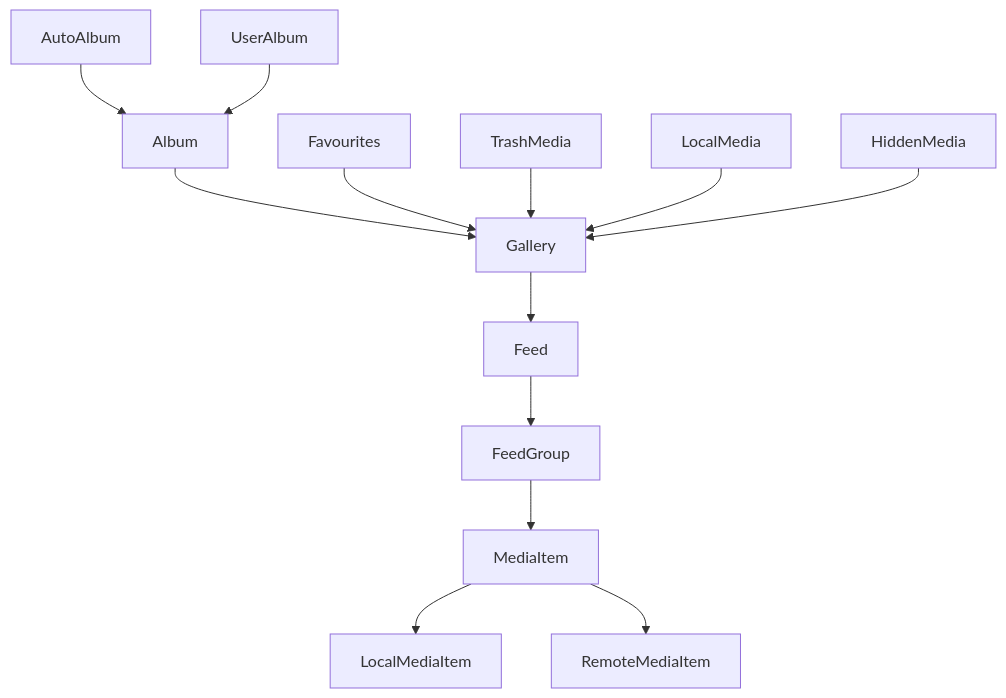
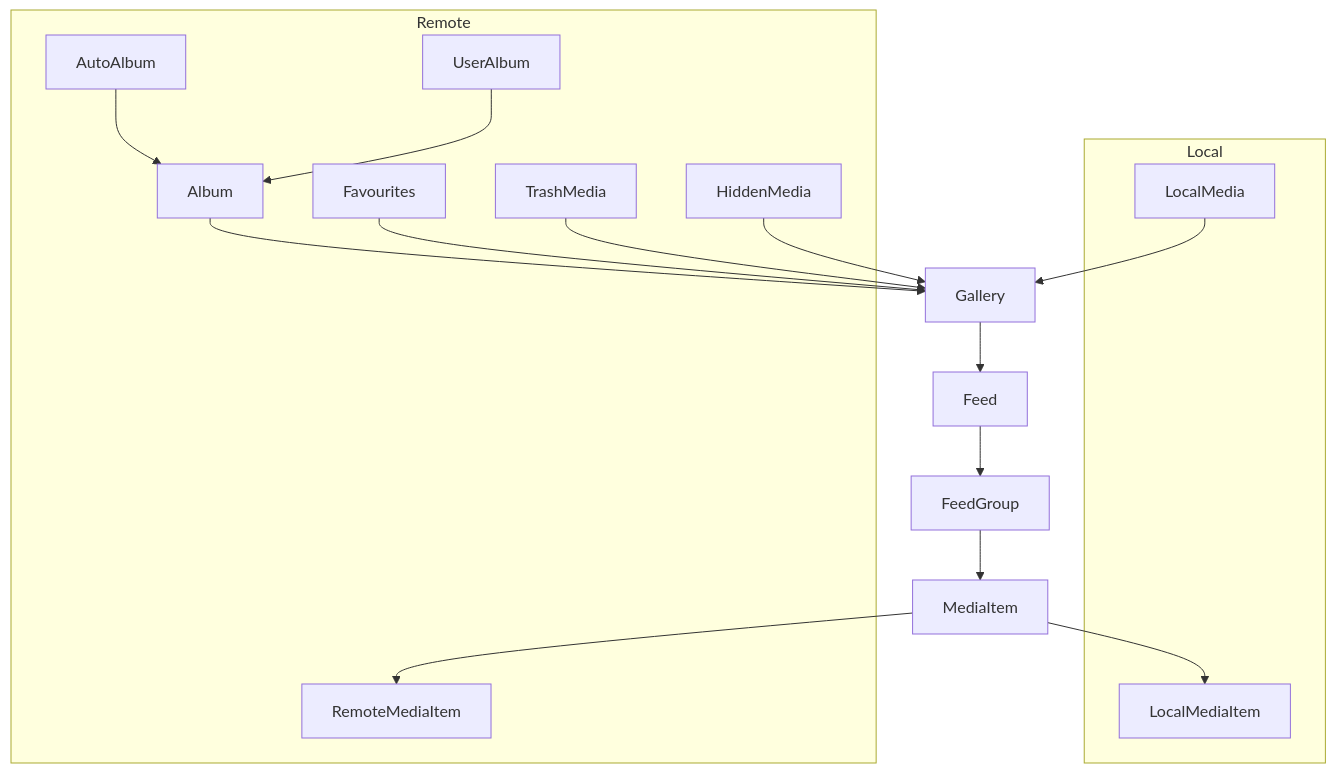
One commit to savvasdalkitsis/uhuruphotos-android changed the diagram in domain-model.md. Above: the diagram before and after it, drawn with Mermaid.

Commit message:
Creating subgraphs of domain model graph

````diff
--- a/domain-model.md
+++ b/domain-model.md
@@ -5,15 +5,30 @@
 ```mermaid
 graph TD;
     Gallery-->Feed;
     Feed-->FeedGroup;
     FeedGroup-->MediaItem;
     MediaItem-->LocalMediaItem;
     MediaItem-->RemoteMediaItem;
     AutoAlbum-->Album;
     UserAlbum-->Album;
     Album-->Gallery;
     Favourites-->Gallery;
     TrashMedia-->Gallery;
     LocalMedia-->Gallery;
     HiddenMedia-->Gallery;
+    
+    subgraph Local
+        LocalMediaItem;
+        LocalMedia;
+    end
+    
+    subgraph Remote
+        RemoteMediaItem;
+        AutoAlbum;
+        UserAlbum;
+        Album;
+        Favourites;
+        TrashMedia;
+        HiddenMedia;
+    end
 ```
````
